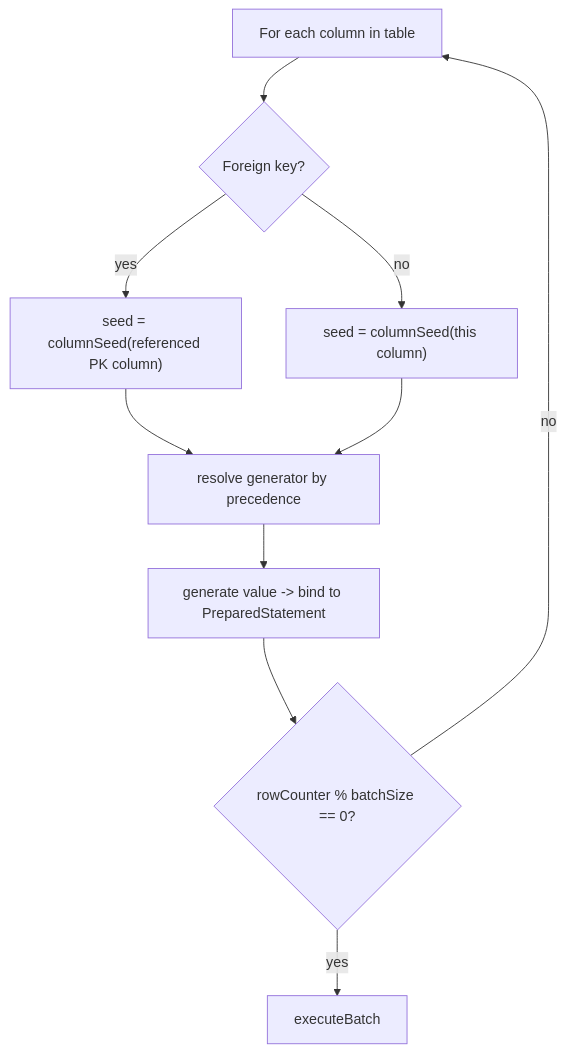
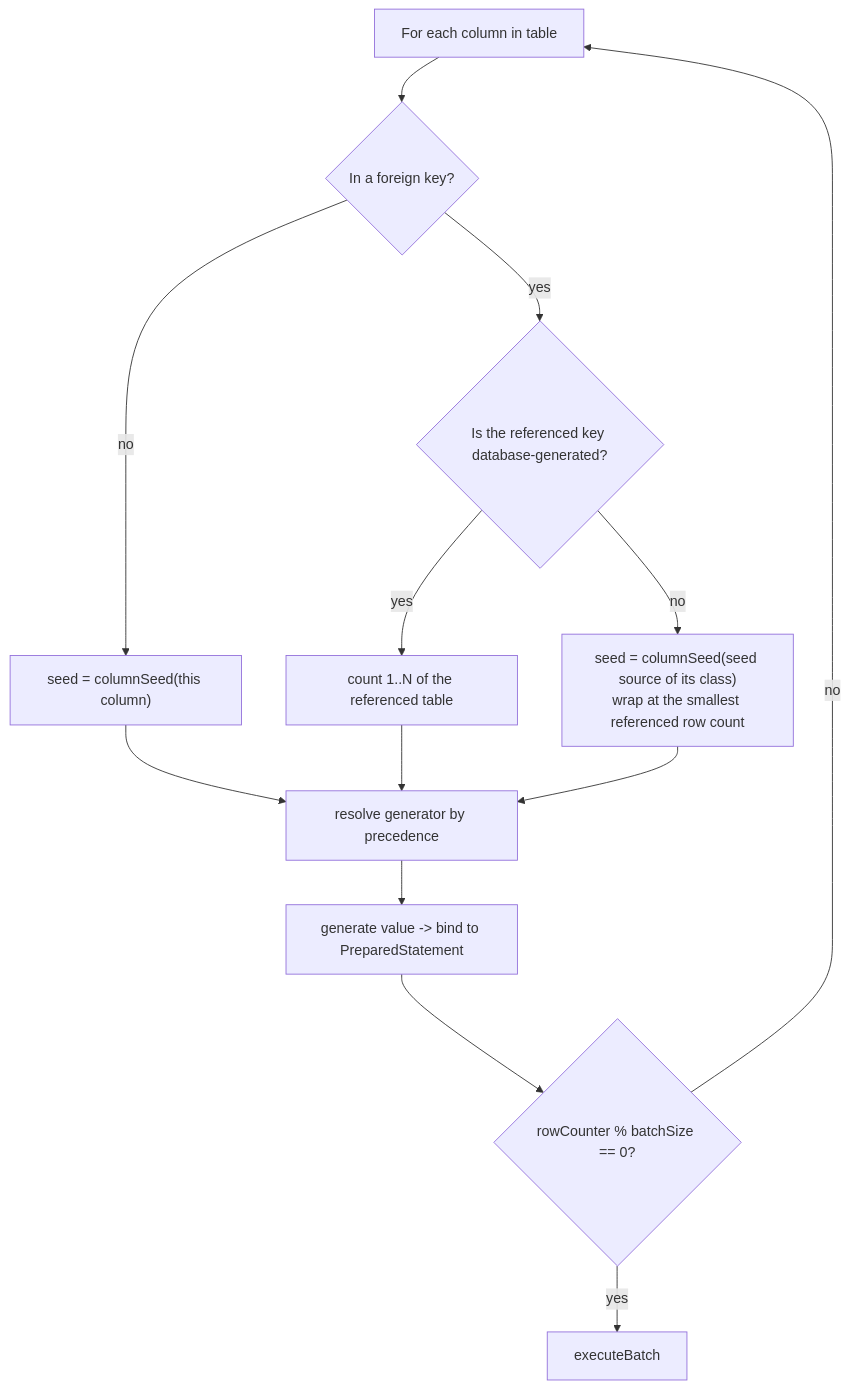
The fifth of 9 diagrams in docs/ARCHITECTURE.md (timveil/bloviate), drawn with Mermaid before and after one commit. The commit also changed other lines of this file and 11 other files, not shown here.

````diff
--- a/docs/ARCHITECTURE.md
+++ b/docs/ARCHITECTURE.md
@@ -237,12 +260,15 @@
 ```mermaid
 flowchart TD
-    A[For each column in table] --> B{Foreign key?}
-    B -->|yes| C["seed = columnSeed(referenced PK column)"]
+    A[For each column in table] --> B{"In a foreign key?"}
     B -->|no| D["seed = columnSeed(this column)"]
-    C --> E[resolve generator by precedence]
-    D --> E
+    B -->|yes| C{"Is the referenced key database-generated?"}
+    C -->|yes| I["count 1..N of the referenced table"]
+    C -->|no| J["seed = columnSeed(seed source of its class)<br/>wrap at the smallest referenced row count"]
+    D --> E[resolve generator by precedence]
+    I --> E
+    J --> E
     E --> F["generate value -> bind to PreparedStatement"]
     F --> G{rowCounter % batchSize == 0?}
     G -->|yes| H[executeBatch]
     G -->|no| A
 ```
````
